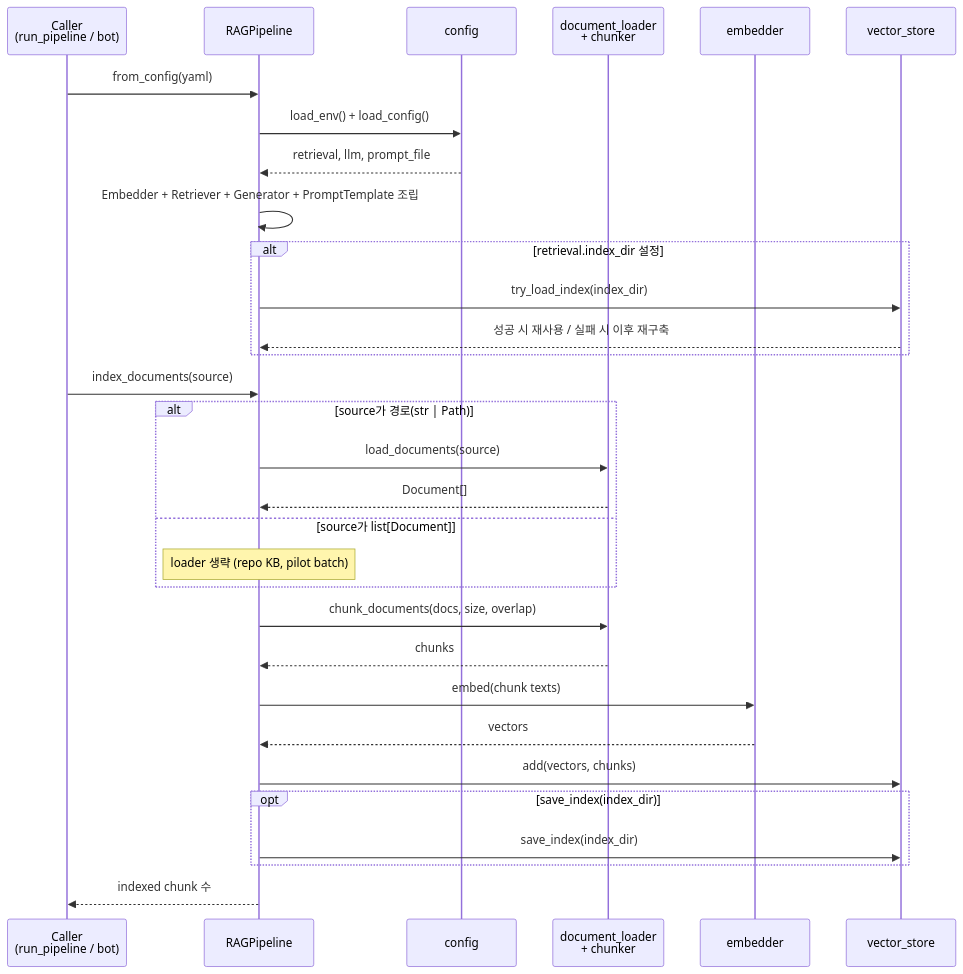
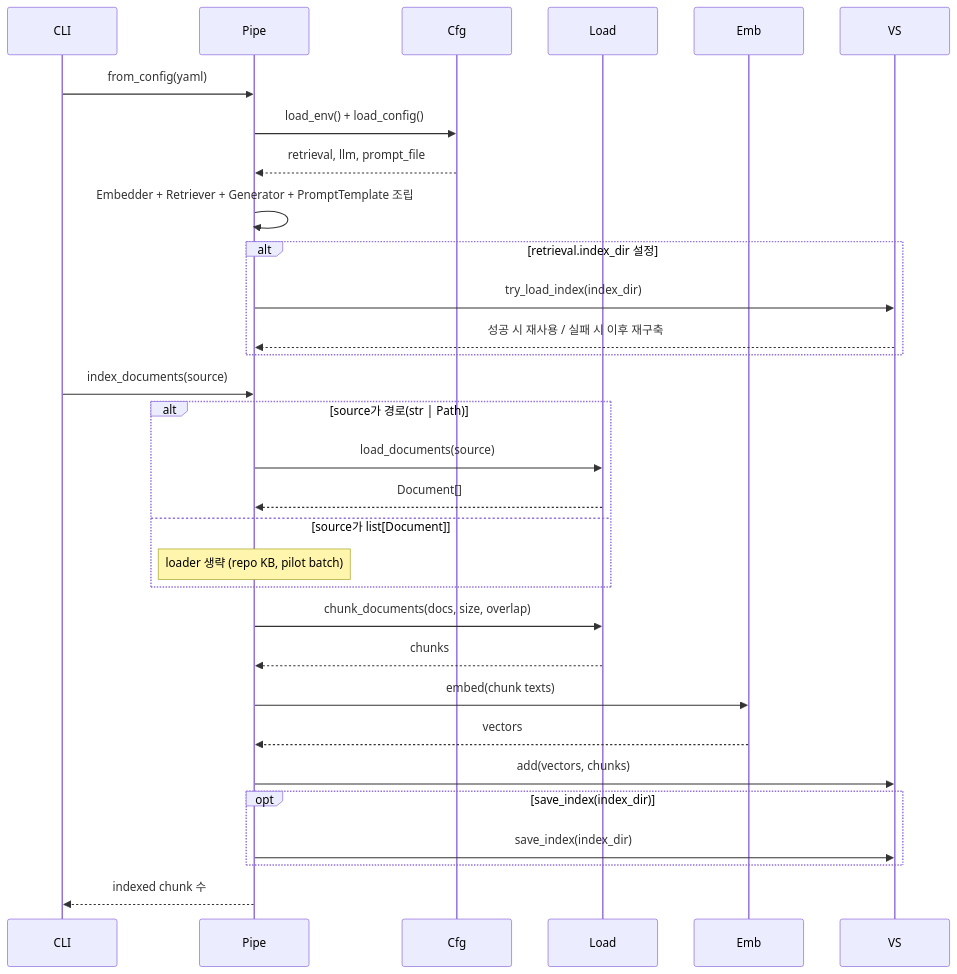
Before and after one commit to Ontology0/Graduation-Project: the first of 2 diagrams in src/rag/README.md, drawn with Mermaid. The commit also changed other lines of this file, not shown here.

Commit message:
docs:RAG README 시퀀스 다이어그램 participant 약어 단순화

````diff
--- a/src/rag/README.md
+++ b/src/rag/README.md
@@ -43,37 +45,37 @@
 ```mermaid
 sequenceDiagram
-    participant Caller as Caller<br/>(run_pipeline / bot)
-    participant Pipe as RAGPipeline
-    participant Cfg as config
-    participant Loader as document_loader<br/>+ chunker
-    participant Emb as embedder
-    participant VS as vector_store
+    participant CLI
+    participant Pipe
+    participant Cfg
+    participant Load
+    participant Emb
+    participant VS
 
-    Caller->>Pipe: from_config(yaml)
+    CLI->>Pipe: from_config(yaml)
     Pipe->>Cfg: load_env() + load_config()
     Cfg-->>Pipe: retrieval, llm, prompt_file
     Pipe->>Pipe: Embedder + Retriever + Generator + PromptTemplate 조립
 
     alt retrieval.index_dir 설정
         Pipe->>VS: try_load_index(index_dir)
         VS-->>Pipe: 성공 시 재사용 / 실패 시 이후 재구축
     end
 
-    Caller->>Pipe: index_documents(source)
+    CLI->>Pipe: index_documents(source)
     alt source가 경로(str | Path)
-        Pipe->>Loader: load_documents(source)
-        Loader-->>Pipe: Document[]
+        Pipe->>Load: load_documents(source)
+        Load-->>Pipe: Document[]
     else source가 list[Document]
         Note over Pipe: loader 생략 (repo KB, pilot batch)
     end
-    Pipe->>Loader: chunk_documents(docs, size, overlap)
-    Loader-->>Pipe: chunks
+    Pipe->>Load: chunk_documents(docs, size, overlap)
+    Load-->>Pipe: chunks
     Pipe->>Emb: embed(chunk texts)
     Emb-->>Pipe: vectors
     Pipe->>VS: add(vectors, chunks)
 
     opt save_index(index_dir)
         Pipe->>VS: save_index(index_dir)
     end
-    Pipe-->>Caller: indexed chunk 수
+    Pipe-->>CLI: indexed chunk 수
 ```
````
